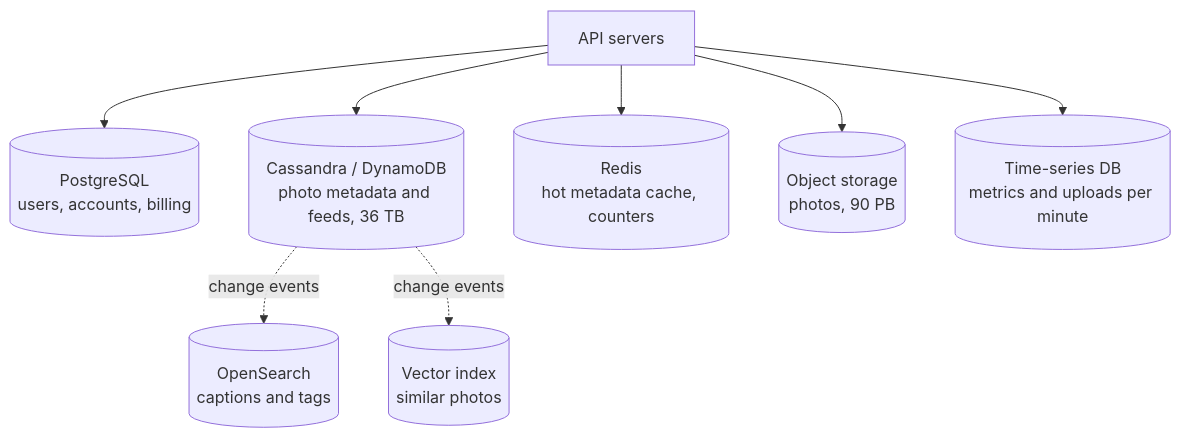
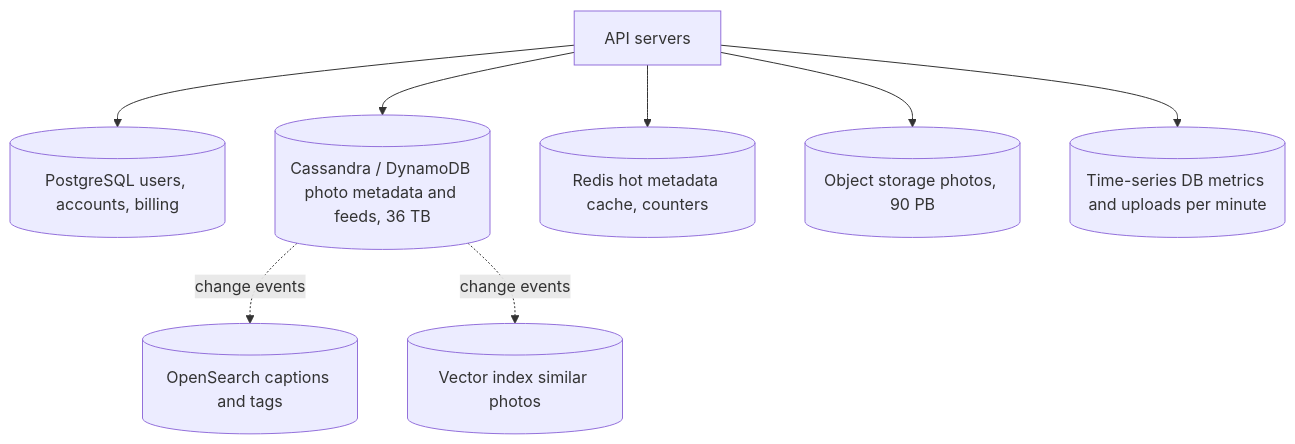
Before and after one commit to sharifndlovu123/knowledge_base_map: the second of 2 diagrams in Collection/03. Programming/14. System Design/8. Choosing Data Stores.md, drawn with Mermaid. The commit also changed other lines of this file and 9 other files, not shown here.

First line of the commit message:
Add diagram viewer; fix line breaks in new diagrams

````diff
--- a/Collection/03. Programming/14. System Design/8. Choosing Data Stores.md
+++ b/Collection/03. Programming/14. System Design/8. Choosing Data Stores.md
@@ -141,11 +141,11 @@
 ```mermaid
 flowchart TD
     API[API servers]
-    API --> PG[(PostgreSQL<br/>users, accounts, billing)]
-    API --> CS[(Cassandra / DynamoDB<br/>photo metadata and feeds, 36 TB)]
-    API --> RD[(Redis<br/>hot metadata cache, counters)]
-    API --> OBJ[(Object storage<br/>photos, 90 PB)]
-    CS -. change events .-> ES[(OpenSearch<br/>captions and tags)]
-    CS -. change events .-> VEC[(Vector index<br/>similar photos)]
-    API --> TS[(Time-series DB<br/>metrics and uploads per minute)]
+    API --> PG[(PostgreSQL users, accounts, billing)]
+    API --> CS[(Cassandra / DynamoDB photo metadata and feeds, 36 TB)]
+    API --> RD[(Redis hot metadata cache, counters)]
+    API --> OBJ[(Object storage photos, 90 PB)]
+    CS -. change events .-> ES[(OpenSearch captions and tags)]
+    CS -. change events .-> VEC[(Vector index similar photos)]
+    API --> TS[(Time-series DB metrics and uploads per minute)]
 ```
````
